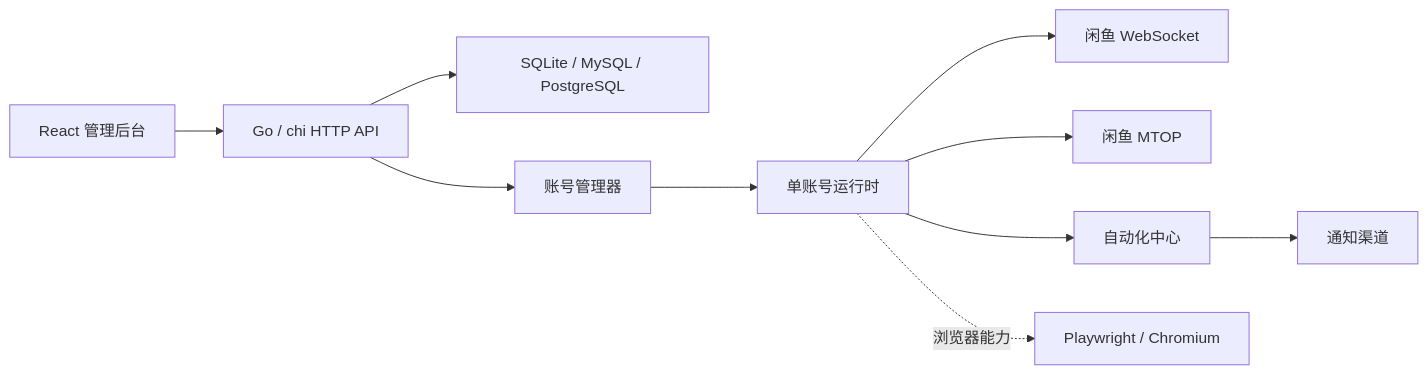
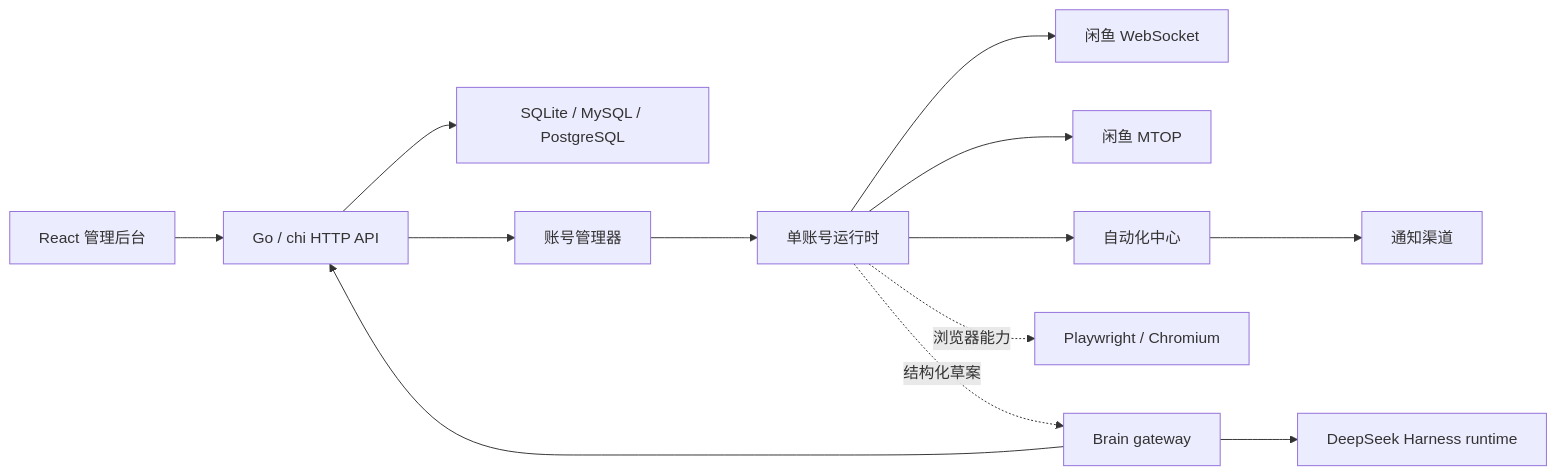
The diagram in README.md (DH-devmax/xyu), drawn with Mermaid before and after one commit. The commit also changed other lines of this file and 28 other files, not shown here.

Commit message:
发布：纳入 Brain runtime 载荷与跨平台打包门禁

````diff
--- a/README.md
+++ b/README.md
@@ -82,12 +82,15 @@
 ```mermaid
 flowchart LR
     UI["React 管理后台"] --> API["Go / chi HTTP API"]
     API --> Store["SQLite / MySQL / PostgreSQL"]
     API --> Manager["账号管理器"]
     Manager --> Engine["单账号运行时"]
     Engine --> WS["闲鱼 WebSocket"]
     Engine --> MTOP["闲鱼 MTOP"]
     Engine --> Automation["自动化中心"]
     Automation --> Notify["通知渠道"]
     Engine -. "浏览器能力" .-> Chromium["Playwright / Chromium"]
+    Engine -. "结构化草案" .-> Brain["Brain gateway"]
+    Brain --> Harness["DeepSeek Harness runtime"]
+    Brain --> API
 ```
````
